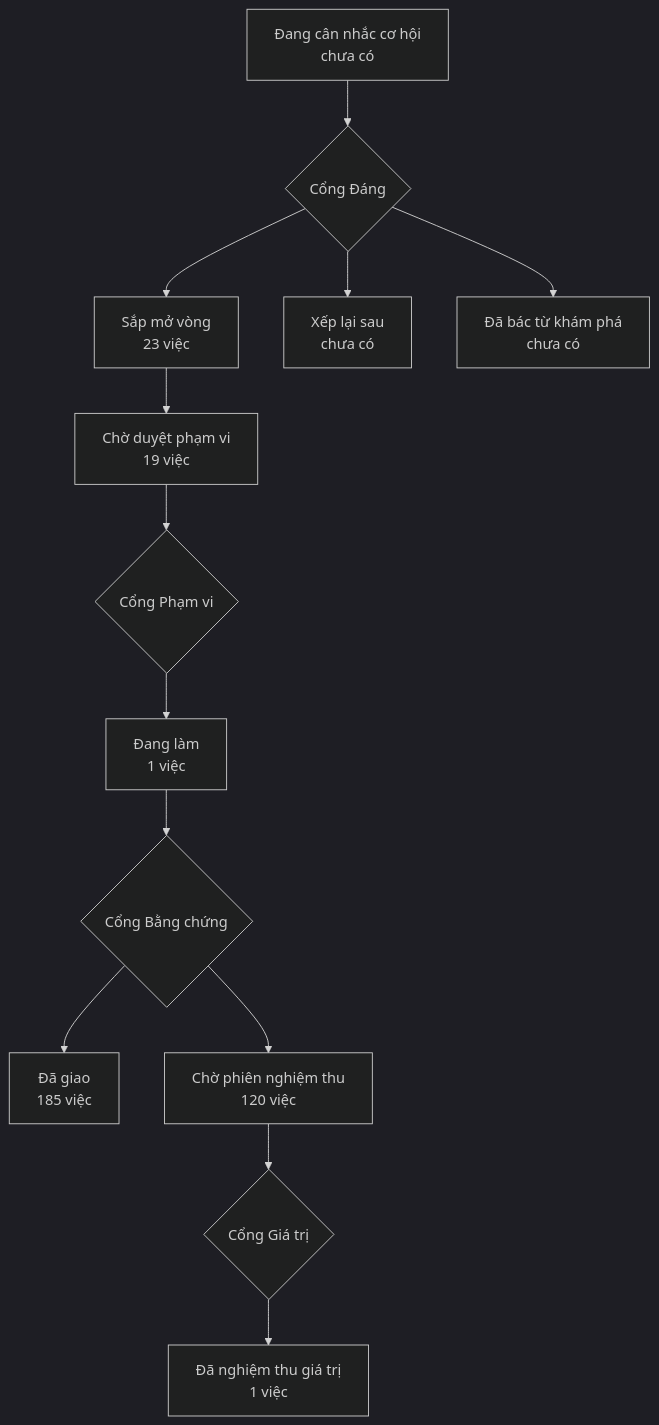
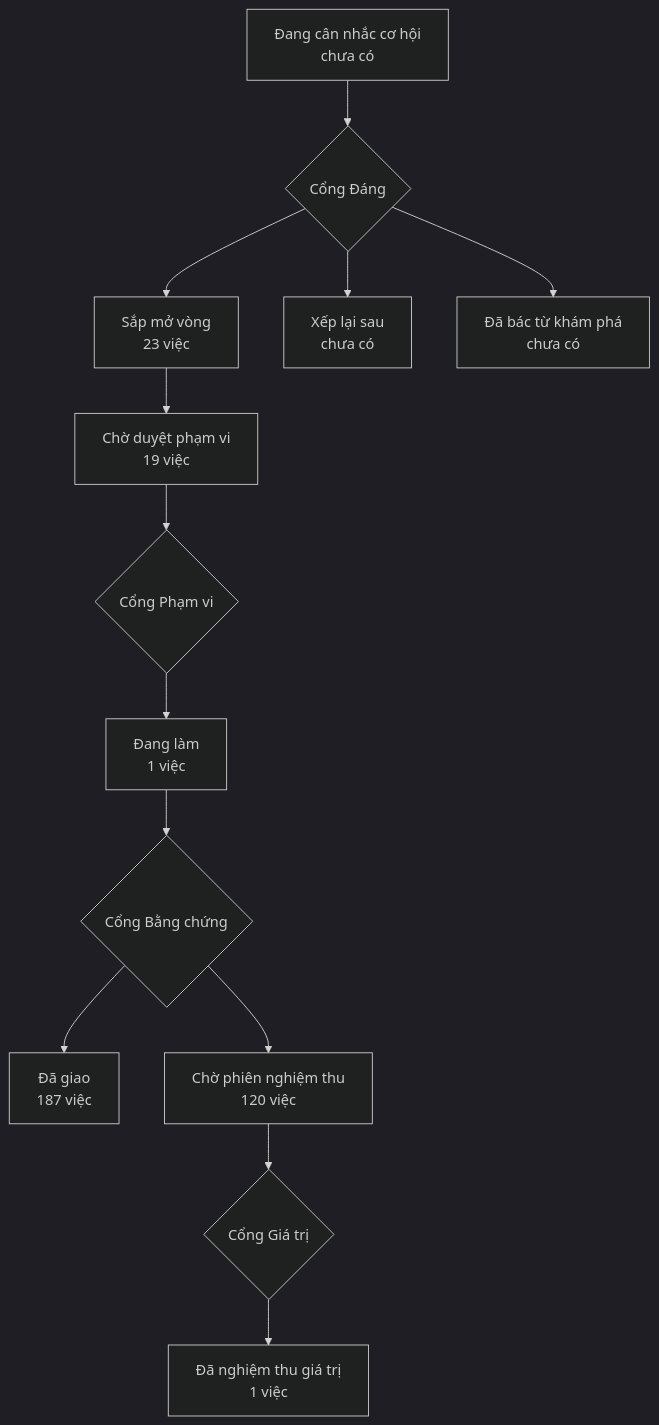
Before and after one commit to phanlemanh/onehub-invest: the diagram in PRODUCT-MAP.md, drawn with Mermaid (dark theme). The commit also changed other lines of this file and 1 other file, not shown here.

Commit message:
chore(map): vẽ lại bản đồ sau khi gộp main

````diff
--- a/PRODUCT-MAP.md
+++ b/PRODUCT-MAP.md
@@ -7,12 +7,12 @@
 ```mermaid
 flowchart TD
   A["Đang cân nhắc cơ hội<br/>chưa có"] --> GD{"Cổng Đáng"}
   GD --> B["Sắp mở vòng<br/>23 việc"]
   GD --> XL["Xếp lại sau<br/>chưa có"]
   GD --> DB["Đã bác từ khám phá<br/>chưa có"]
   B --> CD["Chờ duyệt phạm vi<br/>19 việc"] --> GP{"Cổng Phạm vi"}
   GP --> DL["Đang làm<br/>1 việc"] --> GB{"Cổng Bằng chứng"}
-  GB --> DG["Đã giao<br/>185 việc"]
+  GB --> DG["Đã giao<br/>187 việc"]
   GB --> CN["Chờ phiên nghiệm thu<br/>120 việc"] --> GG{"Cổng Giá trị"}
   GG --> NT["Đã nghiệm thu giá trị<br/>1 việc"]
 ```
````
